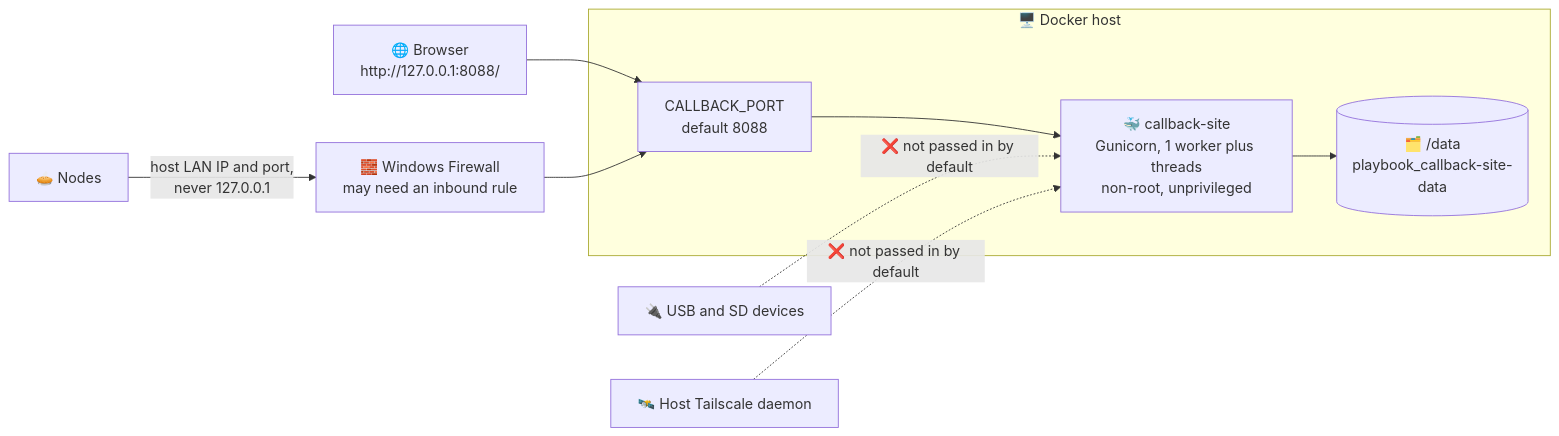
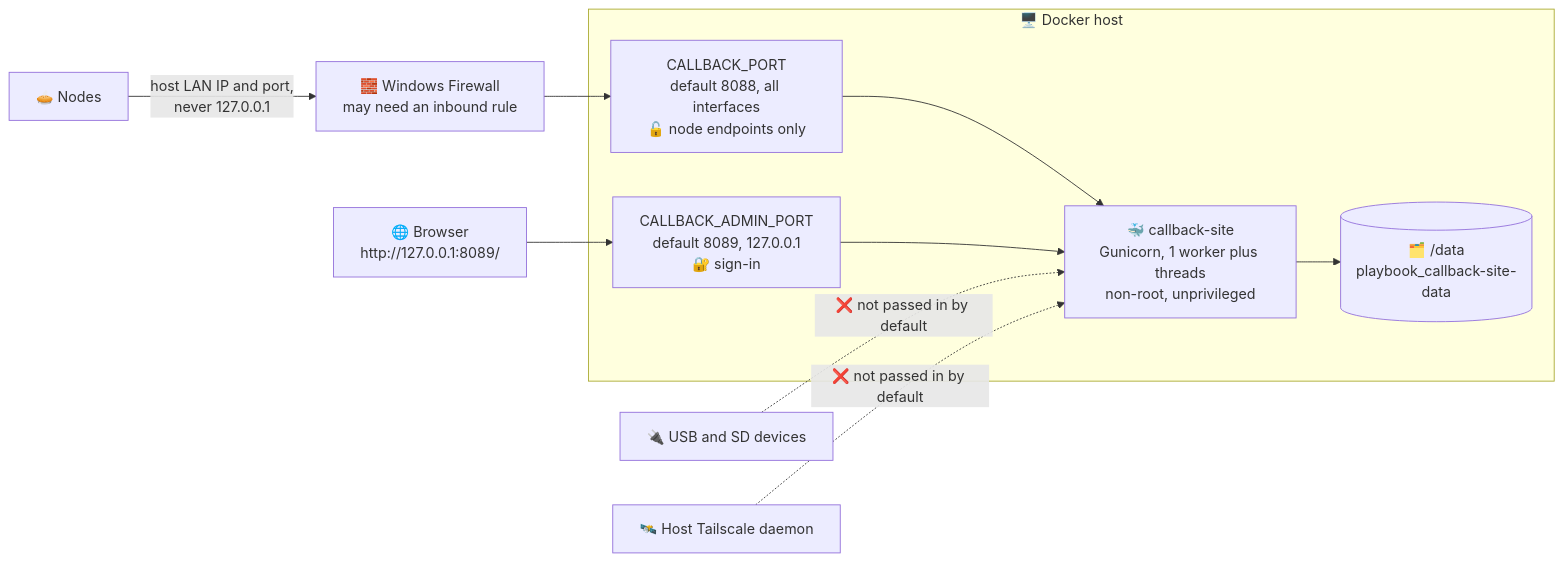
Diagram 21 of 29 in callback_site/README.md (MeVsTheVoices/Playbook), drawn with Mermaid before and after one commit. The commit also changed other lines of this file and 38 other files, not shown here.

````diff
--- a/callback_site/README.md
+++ b/callback_site/README.md
@@ -741,11 +812,13 @@
 ```mermaid
 flowchart LR
-  browser["🌐 Browser<br/>http://127.0.0.1:8088/"] --> port
-  nodes["🥧 Nodes"] -- "host LAN IP and port,<br/>never 127.0.0.1" --> fw["🧱 Windows Firewall<br/>may need an inbound rule"] --> port
+  browser["🌐 Browser<br/>http://127.0.0.1:8089/"] --> aport
+  nodes["🥧 Nodes"] -- "host LAN IP and port,<br/>never 127.0.0.1" --> fw["🧱 Windows Firewall<br/>may need an inbound rule"] --> nport
   subgraph host["🖥️ Docker host"]
-    port["CALLBACK_PORT<br/>default 8088"] --> ctr["🐳 callback-site<br/>Gunicorn, 1 worker plus threads<br/>non-root, unprivileged"]
+    nport["CALLBACK_PORT<br/>default 8088, all interfaces<br/>🔓 node endpoints only"] --> ctr
+    aport["CALLBACK_ADMIN_PORT<br/>default 8089, 127.0.0.1<br/>🔐 sign-in"] --> ctr
+    ctr["🐳 callback-site<br/>Gunicorn, 1 worker plus threads<br/>non-root, unprivileged"]
     ctr --> vol[("🗂️ /data<br/>playbook_callback-site-data")]
   end
   usb["🔌 USB and SD devices"] -. "❌ not passed in by default" .-> ctr
   ts["🛰️ Host Tailscale daemon"] -. "❌ not passed in by default" .-> ctr
 ```
````
